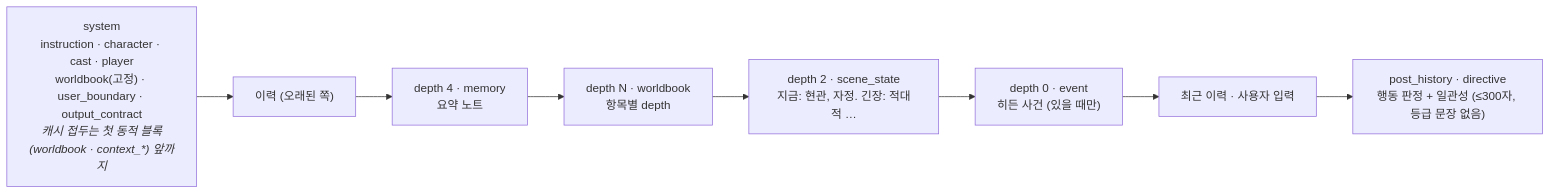
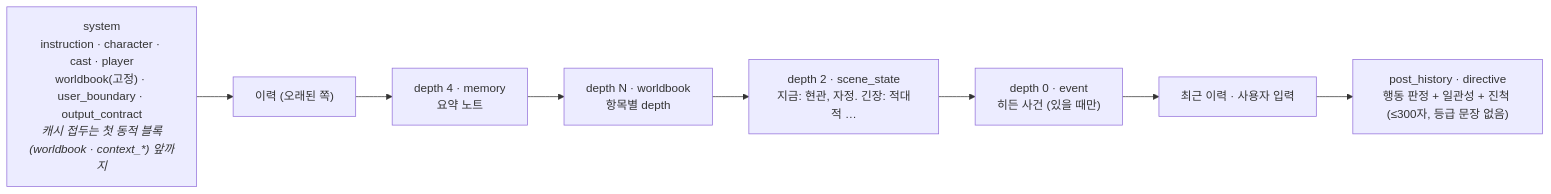
One commit to saroby/RabbitEngine changed the second of 3 diagrams in README.md. Above: the diagram before and after it, drawn with Mermaid. The commit also changed other lines of this file and 7 other files, not shown here.

````diff
--- a/README.md
+++ b/README.md
@@ -62,12 +62,12 @@
 ```mermaid
 flowchart LR
     SYS["system<br>instruction · character · cast · player<br>worldbook(고정) · user_boundary · output_contract<br><i>캐시 접두는 첫 동적 블록(worldbook · context_*) 앞까지</i>"]
     H1["이력 (오래된 쪽)"]
     M["depth 4 · memory<br>요약 노트"]
     W["depth N · worldbook<br>항목별 depth"]
     ST["depth 2 · scene_state<br>지금: 현관, 자정. 긴장: 적대적 …"]
     EV["depth 0 · event<br>히든 사건 (있을 때만)"]
     H2["최근 이력 · 사용자 입력"]
-    D["post_history · directive<br>행동 판정 + 일관성 (≤300자, 등급 문장 없음)"]
+    D["post_history · directive<br>행동 판정 + 일관성 + 진척 (≤300자, 등급 문장 없음)"]
     SYS --> H1 --> M --> W --> ST --> EV --> H2 --> D
 ```
````
